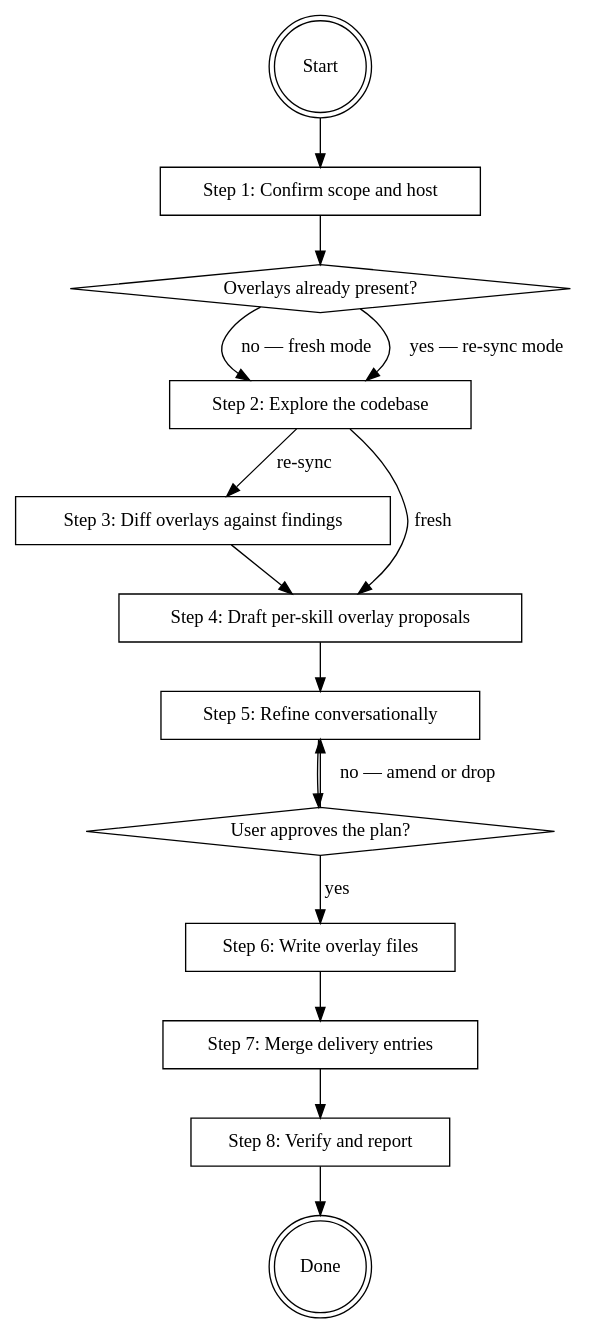
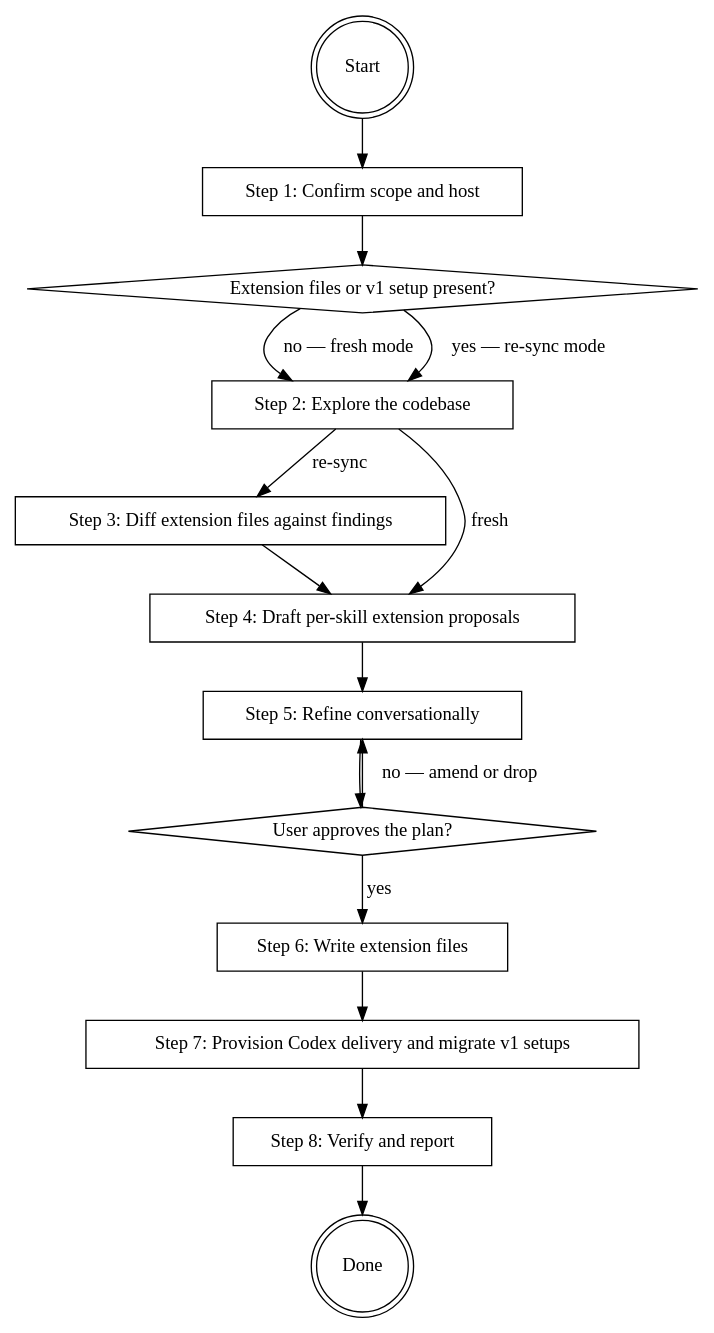
One commit to it-bens/ai-tools changed the diagram in plugins/software-writer-extension-setup/skills/setting-up-software-writer-extension/SKILL.md. Above: the diagram before and after it, drawn with Graphviz. The commit also changed other lines of this file and 19 other files, not shown here.

````diff
--- a/plugins/software-writer-extension-setup/skills/setting-up-software-writer-extension/SKILL.md
+++ b/plugins/software-writer-extension-setup/skills/setting-up-software-writer-extension/SKILL.md
@@ -13,27 +13,27 @@
 ```dot
 digraph setting_up {
     "Start" [shape=doublecircle];
     "Step 1: Confirm scope and host" [shape=box];
-    "Overlays already present?" [shape=diamond];
+    "Extension files or v1 setup present?" [shape=diamond];
     "Step 2: Explore the codebase" [shape=box];
-    "Step 3: Diff overlays against findings" [shape=box];
-    "Step 4: Draft per-skill overlay proposals" [shape=box];
+    "Step 3: Diff extension files against findings" [shape=box];
+    "Step 4: Draft per-skill extension proposals" [shape=box];
     "Step 5: Refine conversationally" [shape=box];
     "User approves the plan?" [shape=diamond];
-    "Step 6: Write overlay files" [shape=box];
-    "Step 7: Merge delivery entries" [shape=box];
+    "Step 6: Write extension files" [shape=box];
+    "Step 7: Provision Codex delivery and migrate v1 setups" [shape=box];
     "Step 8: Verify and report" [shape=box];
     "Done" [shape=doublecircle];
 
-    "Start" -> "Step 1: Confirm scope and host" -> "Overlays already present?";
-    "Overlays already present?" -> "Step 2: Explore the codebase" [label="no — fresh mode"];
-    "Overlays already present?" -> "Step 2: Explore the codebase" [label="yes — re-sync mode"];
-    "Step 2: Explore the codebase" -> "Step 4: Draft per-skill overlay proposals" [label="fresh"];
-    "Step 2: Explore the codebase" -> "Step 3: Diff overlays against findings" [label="re-sync"];
-    "Step 3: Diff overlays against findings" -> "Step 4: Draft per-skill overlay proposals";
-    "Step 4: Draft per-skill overlay proposals" -> "Step 5: Refine conversationally" -> "User approves the plan?";
+    "Start" -> "Step 1: Confirm scope and host" -> "Extension files or v1 setup present?";
+    "Extension files or v1 setup present?" -> "Step 2: Explore the codebase" [label="no — fresh mode"];
+    "Extension files or v1 setup present?" -> "Step 2: Explore the codebase" [label="yes — re-sync mode"];
+    "Step 2: Explore the codebase" -> "Step 4: Draft per-skill extension proposals" [label="fresh"];
+    "Step 2: Explore the codebase" -> "Step 3: Diff extension files against findings" [label="re-sync"];
+    "Step 3: Diff extension files against findings" -> "Step 4: Draft per-skill extension proposals";
+    "Step 4: Draft per-skill extension proposals" -> "Step 5: Refine conversationally" -> "User approves the plan?";
     "User approves the plan?" -> "Step 5: Refine conversationally" [label="no — amend or drop"];
-    "User approves the plan?" -> "Step 6: Write overlay files" [label="yes"];
-    "Step 6: Write overlay files" -> "Step 7: Merge delivery entries" -> "Step 8: Verify and report" -> "Done";
+    "User approves the plan?" -> "Step 6: Write extension files" [label="yes"];
+    "Step 6: Write extension files" -> "Step 7: Provision Codex delivery and migrate v1 setups" -> "Step 8: Verify and report" -> "Done";
 }
 ```
````
